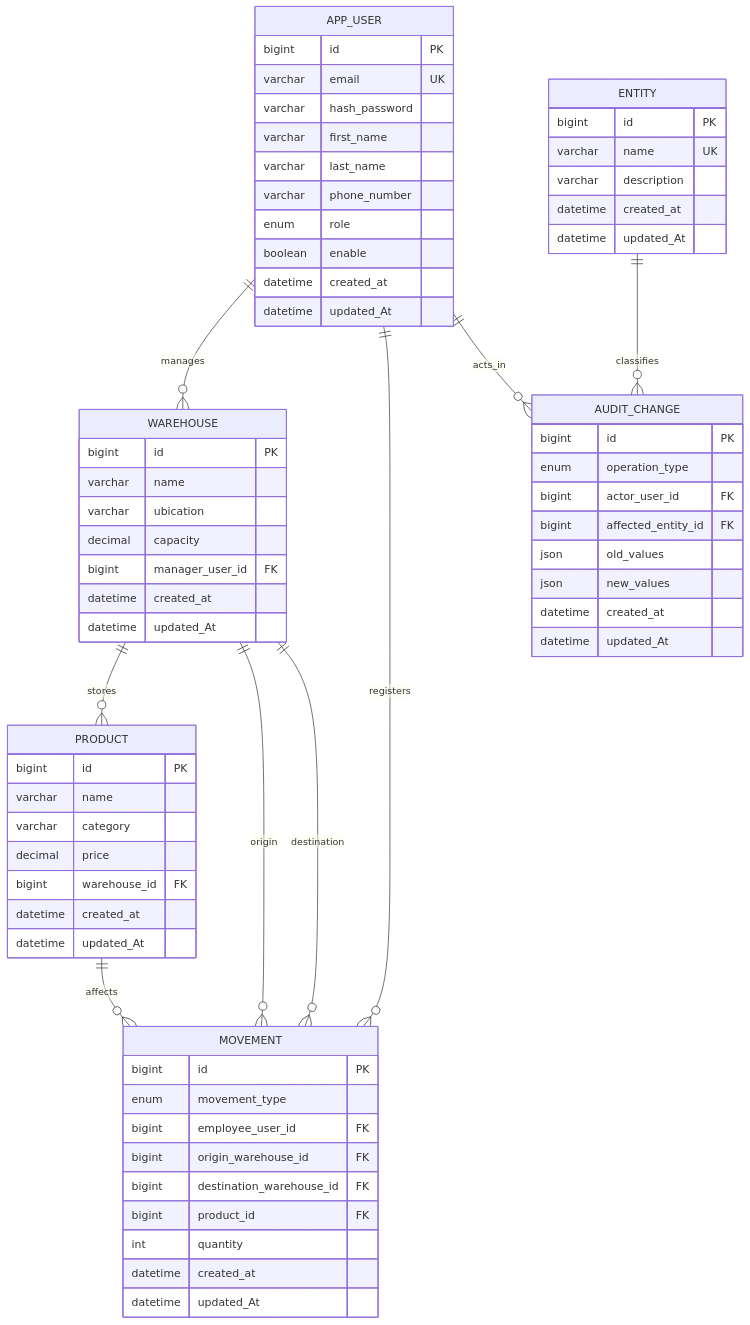
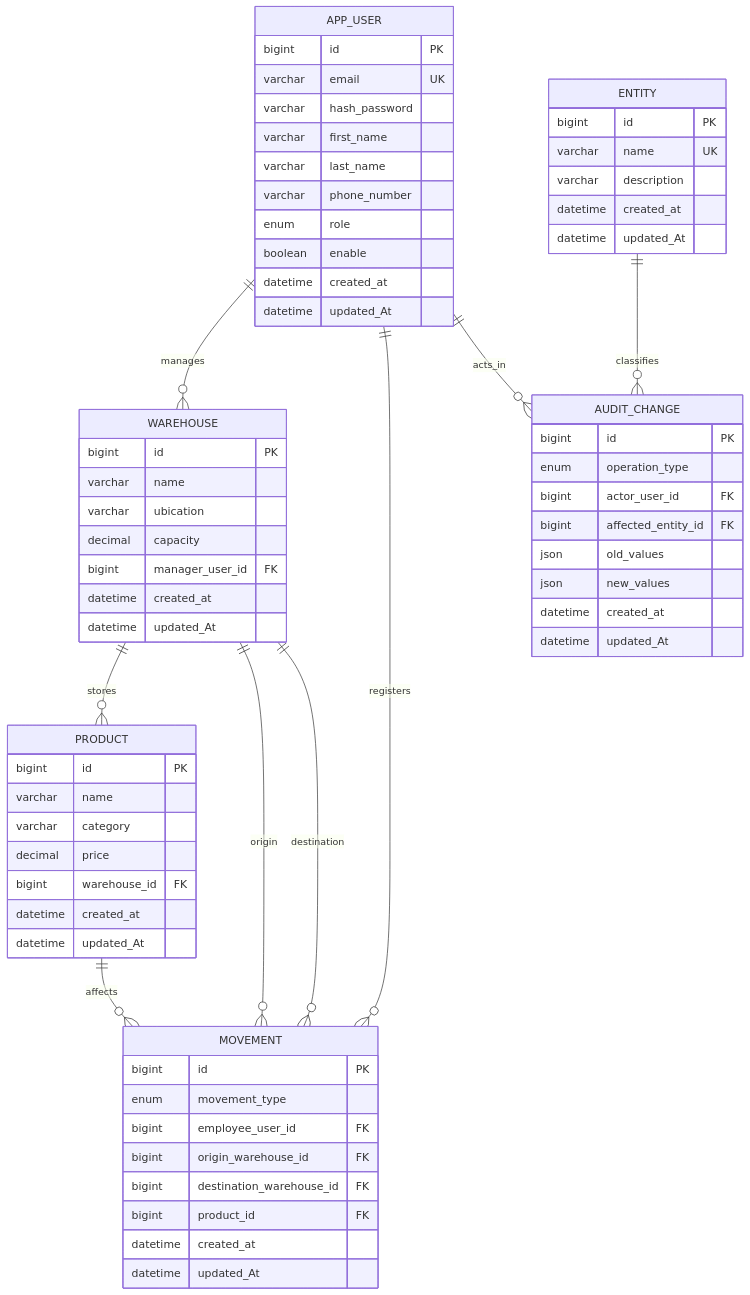
Before and after one commit to Duran24062005/proyect-warehouse-management-spring-boot: the diagram in database/README.md, drawn with Mermaid. The commit also changed other lines of this file and 29 other files, not shown here.

````diff
--- a/database/README.md
+++ b/database/README.md
@@ -242,75 +240,74 @@
 ```mermaid
 erDiagram
     APP_USER ||--o{ WAREHOUSE : manages
     APP_USER ||--o{ MOVEMENT : registers
     APP_USER ||--o{ AUDIT_CHANGE : acts_in
     WAREHOUSE ||--o{ PRODUCT : stores
     WAREHOUSE ||--o{ MOVEMENT : origin
     WAREHOUSE ||--o{ MOVEMENT : destination
     PRODUCT ||--o{ MOVEMENT : affects
     ENTITY ||--o{ AUDIT_CHANGE : classifies
 
     APP_USER {
         bigint id PK
         varchar email UK
         varchar hash_password
         varchar first_name
         varchar last_name
         varchar phone_number
         enum role
         boolean enable
         datetime created_at
         datetime updated_At
     }
 
     WAREHOUSE {
         bigint id PK
         varchar name
         varchar ubication
         decimal capacity
         bigint manager_user_id FK
         datetime created_at
         datetime updated_At
     }
 
     PRODUCT {
         bigint id PK
         varchar name
         varchar category
         decimal price
         bigint warehouse_id FK
         datetime created_at
         datetime updated_At
     }
 
     ENTITY {
         bigint id PK
         varchar name UK
         varchar description
         datetime created_at
         datetime updated_At
     }
 
     AUDIT_CHANGE {
         bigint id PK
         enum operation_type
         bigint actor_user_id FK
         bigint affected_entity_id FK
         json old_values
         json new_values
         datetime created_at
         datetime updated_At
     }
 
     MOVEMENT {
         bigint id PK
         enum movement_type
         bigint employee_user_id FK
         bigint origin_warehouse_id FK
         bigint destination_warehouse_id FK
         bigint product_id FK
-        int quantity
         datetime created_at
         datetime updated_At
     }
 ```
````
